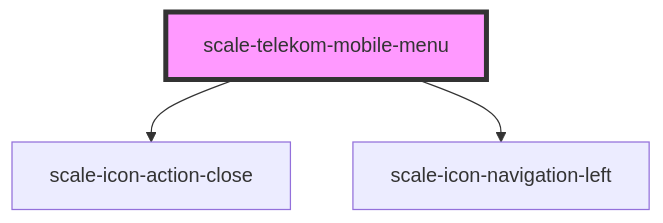
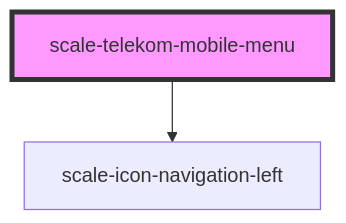
Before and after one commit to telekom/scale: the diagram in packages/components/src/components/telekom/telekom-mobile-menu/readme.md, drawn with Mermaid. The commit also changed other lines of this file and 3 other files, not shown here.

````diff
--- a/packages/components/src/components/telekom/telekom-mobile-menu/readme.md
+++ b/packages/components/src/components/telekom/telekom-mobile-menu/readme.md
@@ -46,6 +42,5 @@
 ```mermaid
 graph TD;
-  scale-telekom-mobile-menu --> scale-icon-action-close
   scale-telekom-mobile-menu --> scale-icon-navigation-left
   style scale-telekom-mobile-menu fill:#f9f,stroke:#333,stroke-width:4px
 ```
````
